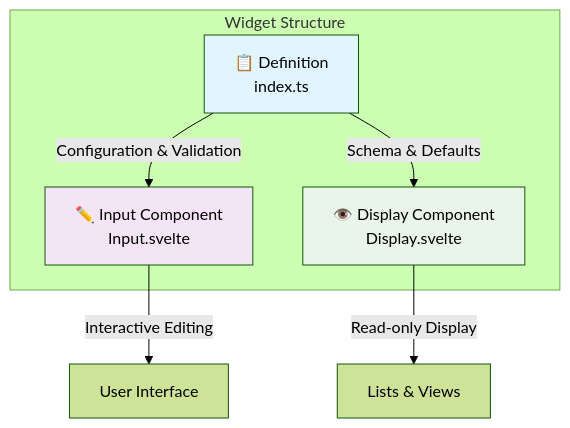
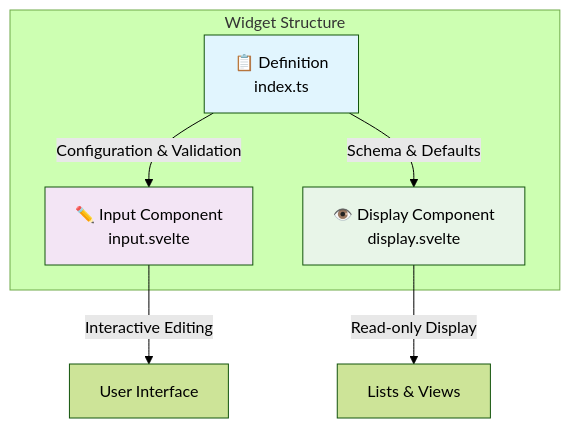
Before and after one commit to SveltyCMS/SveltyCMS: the diagram in docs/widgets/index.mdx, drawn with Mermaid (forest theme). The commit also changed other lines of this file and 353 other files, not shown here.

````diff
--- a/docs/widgets/index.mdx
+++ b/docs/widgets/index.mdx
@@ -39,17 +40,17 @@
 ```mermaid
 graph TB
     subgraph "Widget Structure"
         D[📋 Definition<br/>index.ts]
-        I[✏️ Input Component<br/>Input.svelte]
-        V[👁️ Display Component<br/>Display.svelte]
+        I[✏️ Input Component<br/>input.svelte]
+        V[👁️ Display Component<br/>display.svelte]
     end
 
     D --> |"Configuration & Validation"| I
     D --> |"Schema & Defaults"| V
     I --> |"Interactive Editing"| U[User Interface]
     V --> |"Read-only Display"| L[Lists & Views]
 
     style D fill:#e1f5fe
     style I fill:#f3e5f5
     style V fill:#e8f5e8
 ```
````
